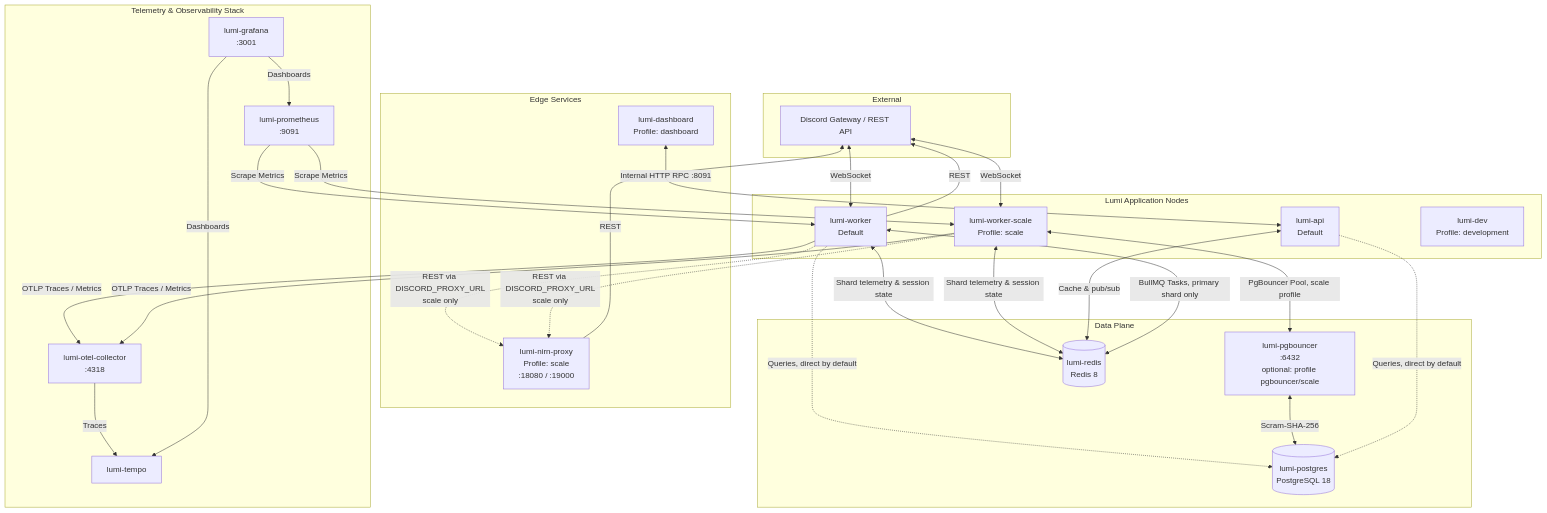
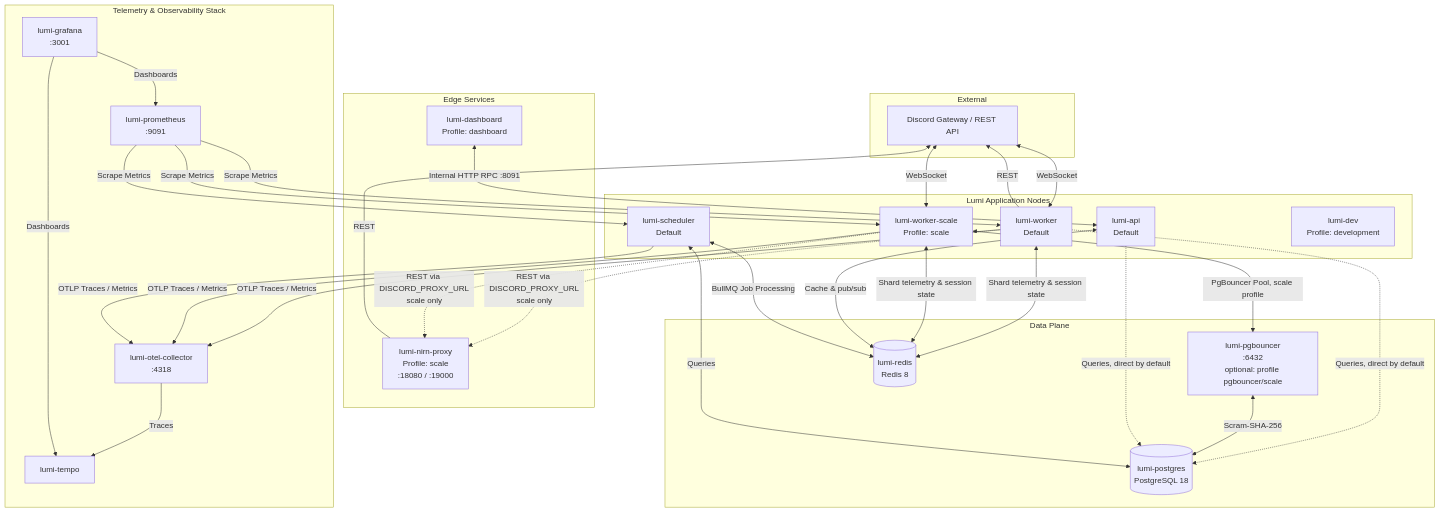
Before and after one commit to lumi-devs/Lumi: the first of 2 diagrams in deploy/docker/README.md, drawn with Mermaid. The commit also changed other lines of this file and 6 other files, not shown here.

````diff
--- a/deploy/docker/README.md
+++ b/deploy/docker/README.md
@@ -37,59 +37,63 @@
 ```mermaid
 flowchart TD
     subgraph External
         Discord[Discord Gateway / REST API]
     end
 
     subgraph Edge Services
         NP[lumi-nirn-proxy<br/>Profile: scale<br/>:18080 / :19000]
         Dash[lumi-dashboard<br/>Profile: dashboard]
     end
 
     subgraph Lumi Application Nodes
         W[lumi-worker<br/>Default]
         WS[lumi-worker-scale<br/>Profile: scale]
         Api[lumi-api<br/>Default]
+        Sched[lumi-scheduler<br/>Default]
         Dev[lumi-dev<br/>Profile: development]
     end
 
     subgraph Data Plane
         PGB[lumi-pgbouncer<br/>:6432<br/>optional: profile pgbouncer/scale]
         PG[(lumi-postgres<br/>PostgreSQL 18)]
         Redis[(lumi-redis<br/>Redis 8)]
     end
 
     subgraph Telemetry & Observability Stack
         OTEL[lumi-otel-collector<br/>:4318]
         Prom[lumi-prometheus<br/>:9091]
         Tempo[lumi-tempo]
         Graf[lumi-grafana<br/>:3001]
     end
 
     Discord <-->|WebSocket| W
     Discord <-->|WebSocket| WS
     W -->|REST| Discord
     NP -->|REST| Discord
 
     W -.->|REST via DISCORD_PROXY_URL<br/>scale only| NP
     WS -.->|REST via DISCORD_PROXY_URL<br/>scale only| NP
 
     W <-->|Shard telemetry & session state| Redis
     WS <-->|Shard telemetry & session state| Redis
     W -.->|Queries, direct by default| PG
     WS <-->|PgBouncer Pool, scale profile| PGB
     PGB <-->|Scram-SHA-256| PG
 
     Dash <-->|Internal HTTP RPC :8091| Api
     Api -.->|Queries, direct by default| PG
     Api <-->|Cache & pub/sub| Redis
 
-    W <-->|BullMQ Tasks, primary shard only| Redis
+    Sched <-->|BullMQ Job Processing| Redis
+    Sched <-->|Queries| PG
 
     W -->|OTLP Traces / Metrics| OTEL
     WS -->|OTLP Traces / Metrics| OTEL
+    Sched -->|OTLP Traces / Metrics| OTEL
     OTEL -->|Traces| Tempo
     Prom -->|Scrape Metrics| W
     Prom -->|Scrape Metrics| WS
+    Prom -->|Scrape Metrics| Sched
     Graf -->|Dashboards| Prom
     Graf -->|Dashboards| Tempo
 ```
````
